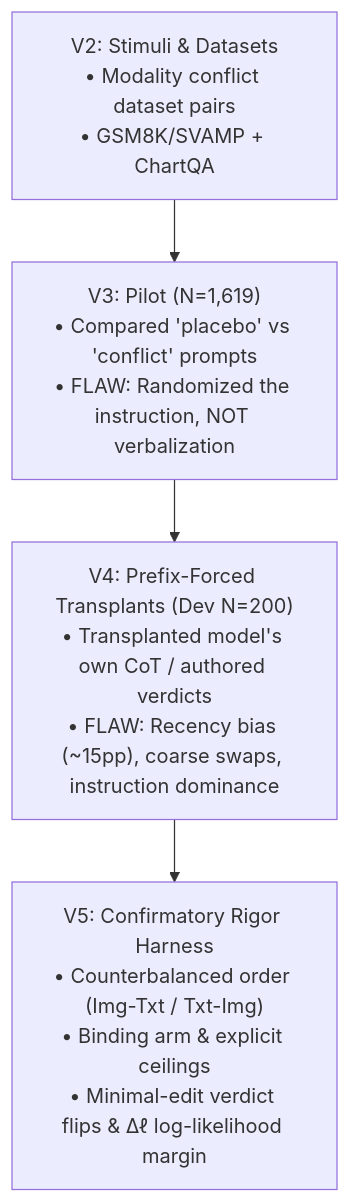
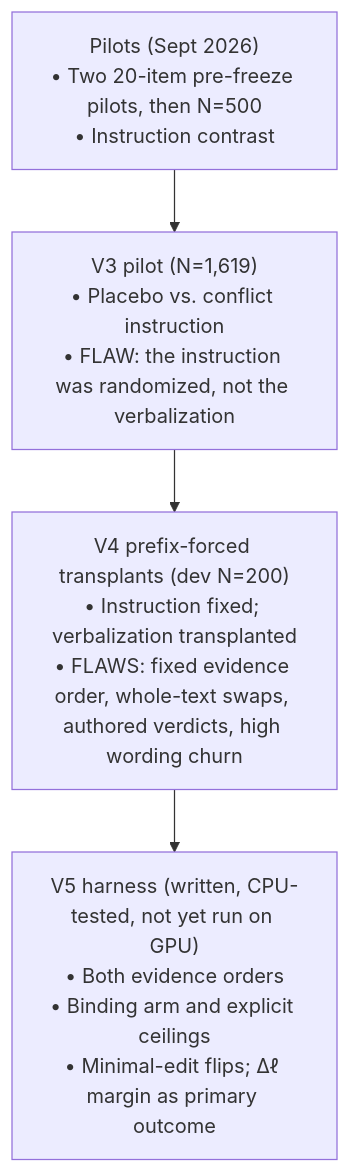
The diagram in Causal Conflict Verbalization and Source Arbitration/Thesis/docs/Understanding/Thesis Understanding FAQ (Opus 4.6).md (Mohammad-Zahed-Hossen/Thesis), drawn with Mermaid before and after one commit. The commit also changed other lines of this file and 11 other files, not shown here.

````diff
--- a/Causal Conflict Verbalization and Source Arbitration/Thesis/docs/Understanding/Thesis Understanding FAQ (Opus 4.6).md
+++ b/Causal Conflict Verbalization and Source Arbitration/Thesis/docs/Understanding/Thesis Understanding FAQ (Opus 4.6).md
@@ -159,6 +165,6 @@
 ```mermaid
 flowchart TD
-    V2["V2: Stimuli & Datasets<br>• Modality conflict dataset pairs<br>• GSM8K/SVAMP + ChartQA"] --> V3["V3: Pilot (N=1,619)<br>• Compared 'placebo' vs 'conflict' prompts<br>• FLAW: Randomized the instruction, NOT verbalization"]
-    V3 --> V4["V4: Prefix-Forced Transplants (Dev N=200)<br>• Transplanted model's own CoT / authored verdicts<br>• FLAW: Recency bias (~15pp), coarse swaps, instruction dominance"]
-    V4 --> V5["V5: Confirmatory Rigor Harness<br>• Counterbalanced order (Img-Txt / Txt-Img)<br>• Binding arm & explicit ceilings<br>• Minimal-edit verdict flips & Δℓ log-likelihood margin"]
+    P["Pilots (Sept 2026)<br>• Two 20-item pre-freeze pilots, then N=500<br>• Instruction contrast"] --> V3["V3 pilot (N=1,619)<br>• Placebo vs. conflict instruction<br>• FLAW: the instruction was randomized, not the verbalization"]
+    V3 --> V4["V4 prefix-forced transplants (dev N=200)<br>• Instruction fixed; verbalization transplanted<br>• FLAWS: fixed evidence order, whole-text swaps, authored verdicts, high wording churn"]
+    V4 --> V5["V5 harness (written, CPU-tested, not yet run on GPU)<br>• Both evidence orders<br>• Binding arm and explicit ceilings<br>• Minimal-edit flips; Δℓ margin as primary outcome"]
 ```
````
